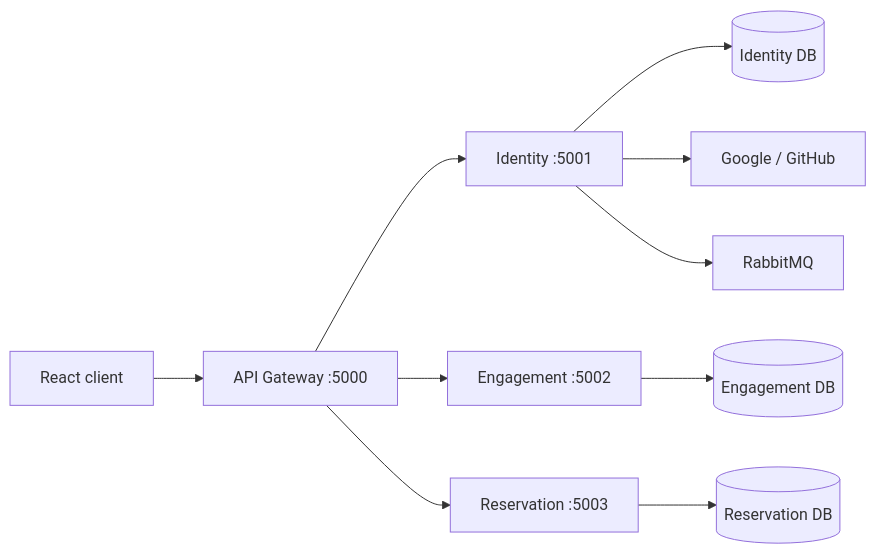
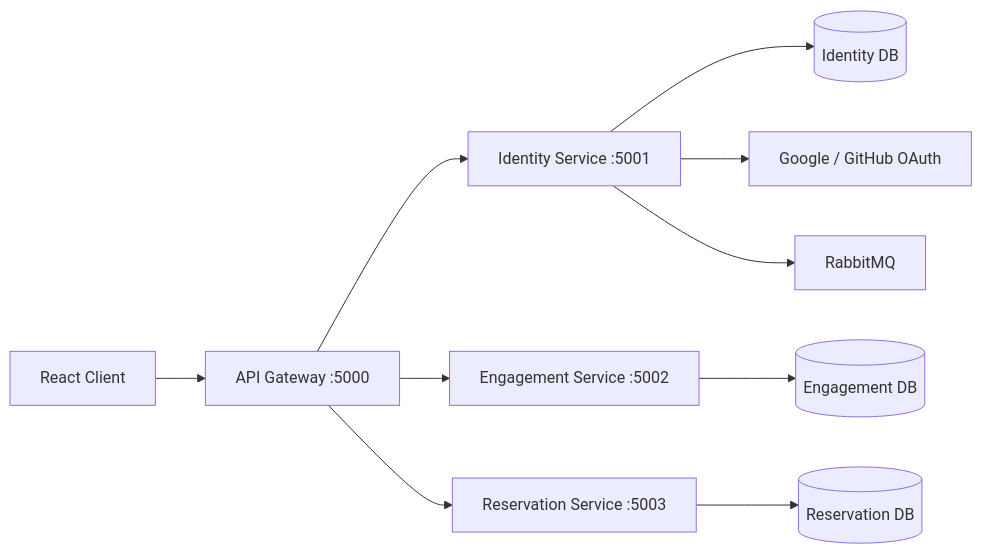
The diagram in README.md (ML642/movie-reservation), drawn with Mermaid before and after one commit.

Commit message:
Revise architecture diagram in README
Updated architecture diagram for clarity and consistency.

````diff
--- a/README.md
+++ b/README.md
@@ -9,12 +8,16 @@
 ```mermaid
 flowchart LR
-  Client[React client] --> Gateway[API Gateway :5000]
-  Gateway --> Identity[Identity :5001]
-  Gateway --> Engagement[Engagement :5002]
-  Gateway --> Reservation[Reservation :5003]
-  Identity --> IdentityDB[(Identity DB)]
-  Engagement --> EngagementDB[(Engagement DB)]
-  Reservation --> ReservationDB[(Reservation DB)]
-  Identity --> OAuth[Google / GitHub]
-  Identity --> Rabbit[RabbitMQ]
+    Client[React Client] --> Gateway[API Gateway :5000]
+
+    Gateway --> Identity[Identity Service :5001]
+    Gateway --> Engagement[Engagement Service :5002]
+    Gateway --> Reservation[Reservation Service :5003]
+
+    Identity --> IdentityDB[(Identity DB)]
+    Identity --> OAuth[Google / GitHub OAuth]
+    Identity --> Rabbit[RabbitMQ]
+
+    Engagement --> EngagementDB[(Engagement DB)]
+
+    Reservation --> ReservationDB[(Reservation DB)]
 ```
````
